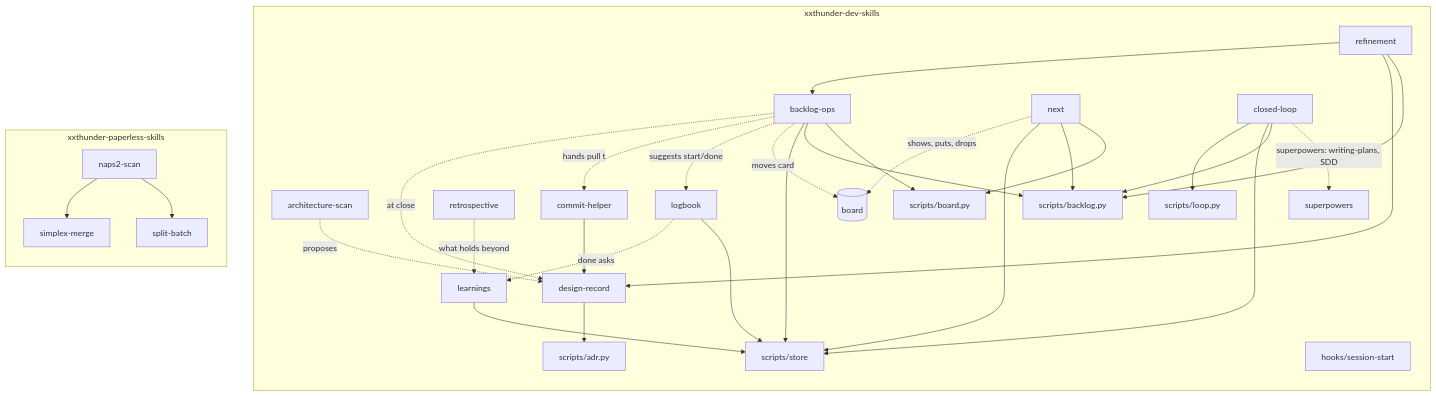
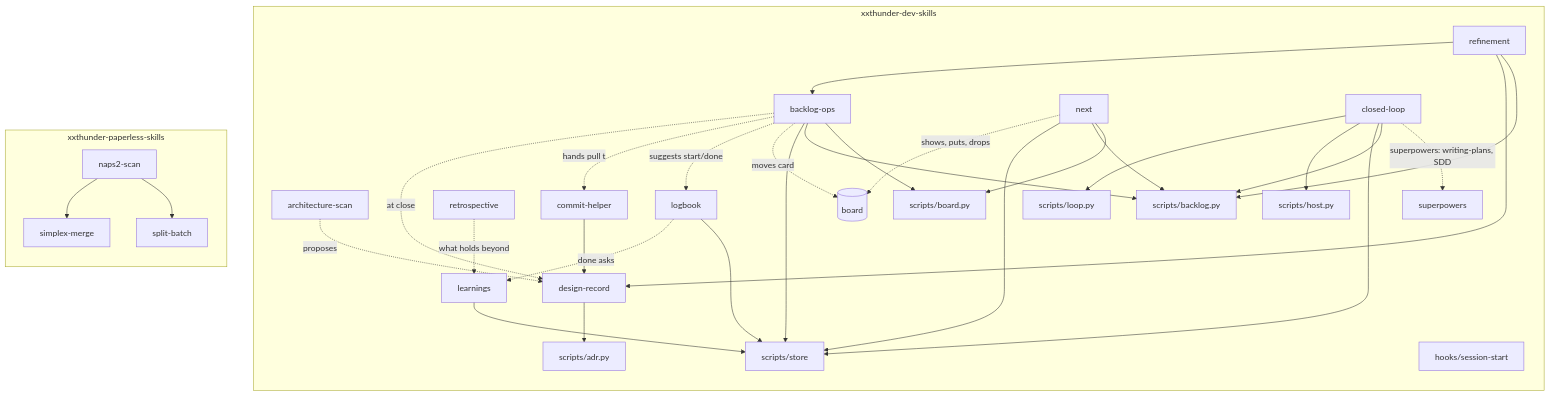
The third of 9 diagrams in docs/architecture.md (xxthunder/xxthunder-agentic-skills), drawn with Mermaid before and after one commit. The commit also changed other lines of this file and 10 other files, not shown here.

````diff
--- a/docs/architecture.md
+++ b/docs/architecture.md
@@ -70,38 +70,39 @@
 ```mermaid
 flowchart TB
     subgraph dev["xxthunder-dev-skills"]
         direction TB
         refinement --> backlog["backlog-ops"]
         refinement --> record["design-record"]
         scan["architecture-scan"] -.proposes.-> record
         commit["commit-helper"] --> record
         backlog -.at close.-> record
         backlog -.hands pull to.-> commit
         retro["retrospective"]
         retro -.what holds beyond.-> learn["learnings"]
         backlog -.suggests start/done.-> logb["logbook"]
         logb -.done asks.-> learn
         backlog -.moves card.-> board[("board")]
         nxt["next"] -.shows, puts, drops.-> board
         nxt --> storesh
         backlog --> storesh
         nxt --> backpy
         learn --> storesh["scripts/store"]
         logb --> storesh
         refinement --> backpy["scripts/backlog.py"]
         backlog --> backpy
         nxt --> boardpy["scripts/board.py"]
         backlog --> boardpy
         record --> adrpy["scripts/adr.py"]
         loop["closed-loop"] --> loopy["scripts/loop.py"]
+        loop --> hostpy["scripts/host.py"]
         loop --> storesh
         loop --> backpy
         loop -.superpowers: writing-plans, SDD.-> sdd["superpowers"]
         hook["hooks/session-start"]
     end
     subgraph paper["xxthunder-paperless-skills"]
         direction TB
         scanp["naps2-scan"] --> merge["simplex-merge"]
         scanp --> split["split-batch"]
     end
 ```
````
